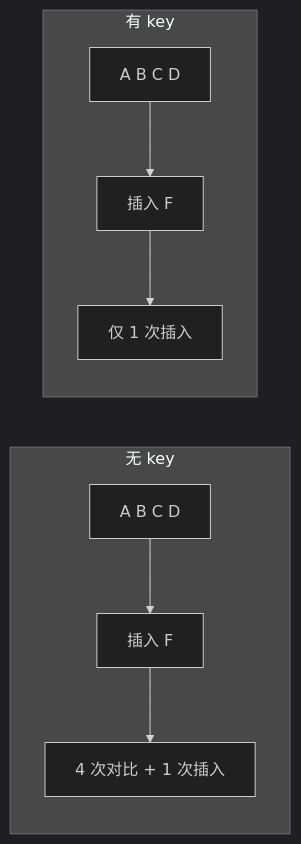
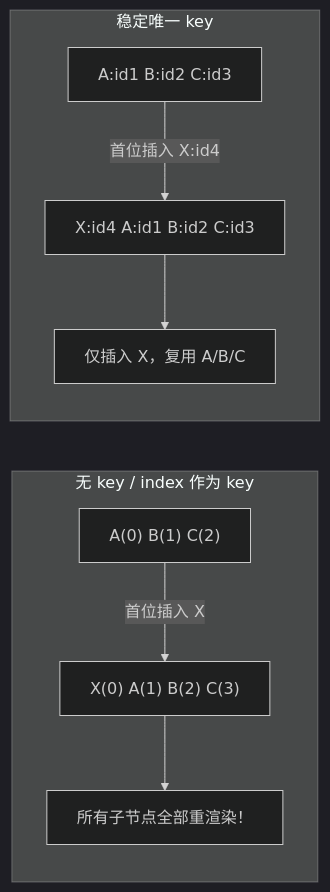
One commit to KMaybe01/common changed diagram 29 of 29 in S2-框架深入/02-React19.md. Above: the diagram before and after it, drawn with Mermaid (dark theme). The commit also changed other lines of this file and 7 other files, not shown here.

````diff
--- a/S2-框架深入/02-React19.md
+++ b/S2-框架深入/02-React19.md
@@ -2461,12 +2892,12 @@
 ```mermaid
 flowchart LR
-    subgraph 无 key
-        L1["A B C D"] --> L2["插入 F"]
-        L2 --> L3["4 次对比 + 1 次插入"]
+    subgraph 无 key / index 作为 key
+        L1["A(0) B(1) C(2)"] -->|"首位插入 X"| L2["X(0) A(1) B(2) C(3)"]
+        L2 --> L3["所有子节点全部重渲染！"]
     end
 
-    subgraph 有 key
-        R1["A B C D"] --> R2["插入 F"]
-        R2 --> R3["仅 1 次插入"]
+    subgraph 稳定唯一 key
+        R1["A:id1 B:id2 C:id3"] -->|"首位插入 X:id4"| R2["X:id4 A:id1 B:id2 C:id3"]
+        R2 --> R3["仅插入 X，复用 A/B/C"]
     end
 ```
````
